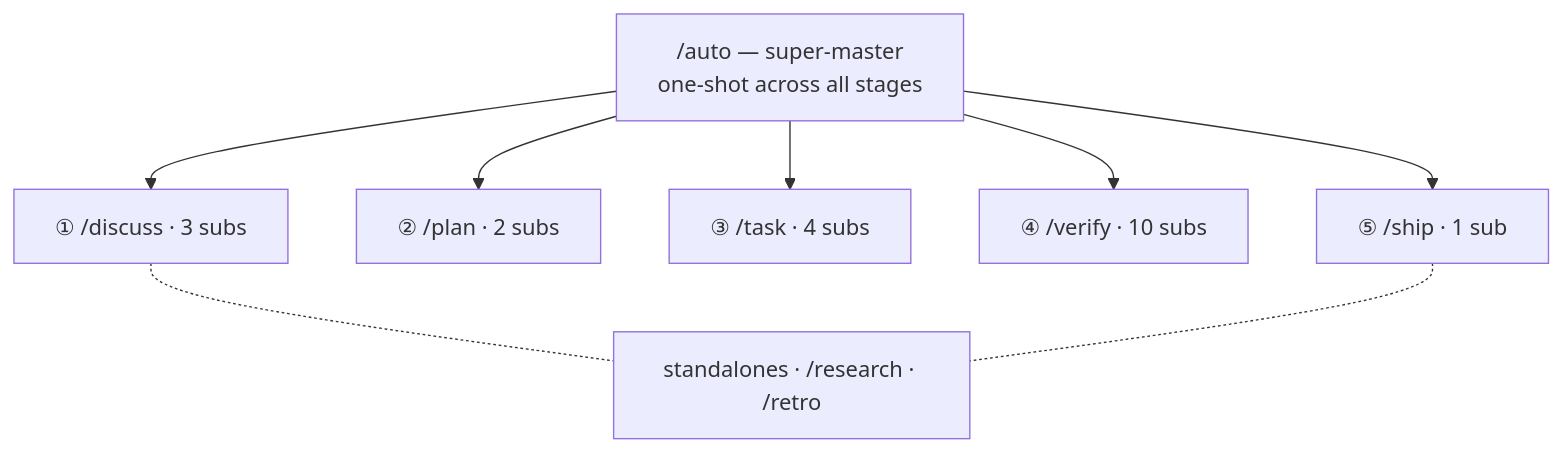
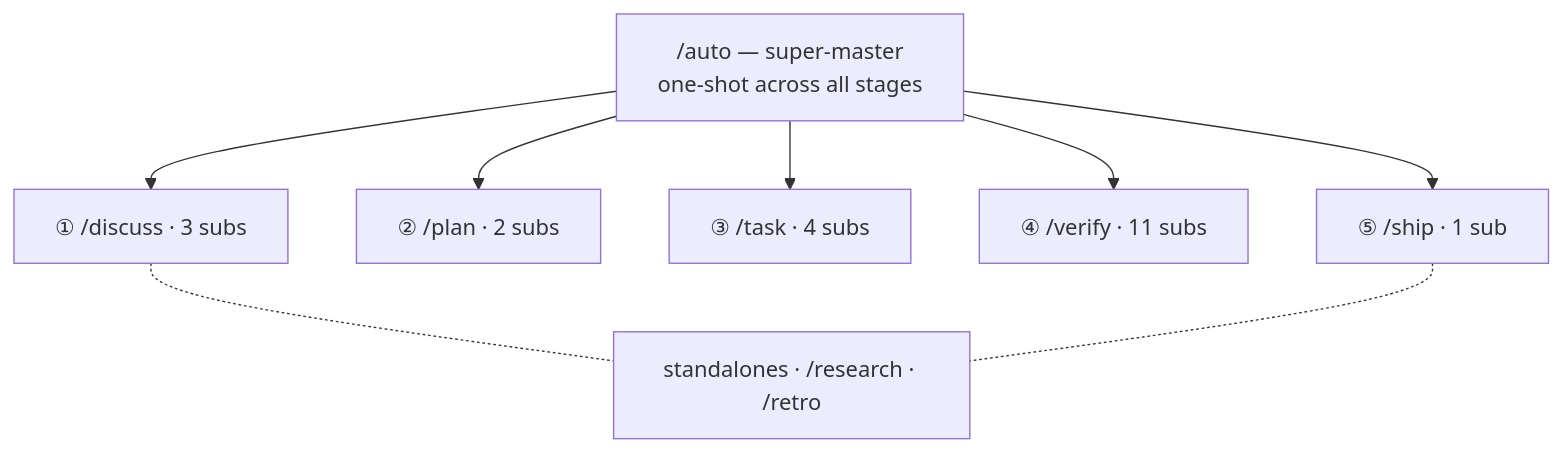
One commit to easyinplay/harnessed-site changed the diagram in src/content/docs/docs/reference/workflows.md. Above: the diagram before and after it, drawn with Mermaid. The commit also changed other lines of this file and 79 other files, not shown here.

````diff
--- a/src/content/docs/docs/reference/workflows.md
+++ b/src/content/docs/docs/reference/workflows.md
@@ -10,12 +10,12 @@
 ```mermaid
 flowchart TD
   AUTO["/auto — super-master<br/>one-shot across all stages"]
   AUTO --> DIS["① /discuss · 3 subs"]
   AUTO --> PLA["② /plan · 2 subs"]
   AUTO --> TAS["③ /task · 4 subs"]
-  AUTO --> VER["④ /verify · 10 subs"]
+  AUTO --> VER["④ /verify · 11 subs"]
   AUTO --> SHI["⑤ /ship · 1 sub"]
   STA["standalones · /research · /retro"]
   DIS -.- STA
   SHI -.- STA
 ```
````
